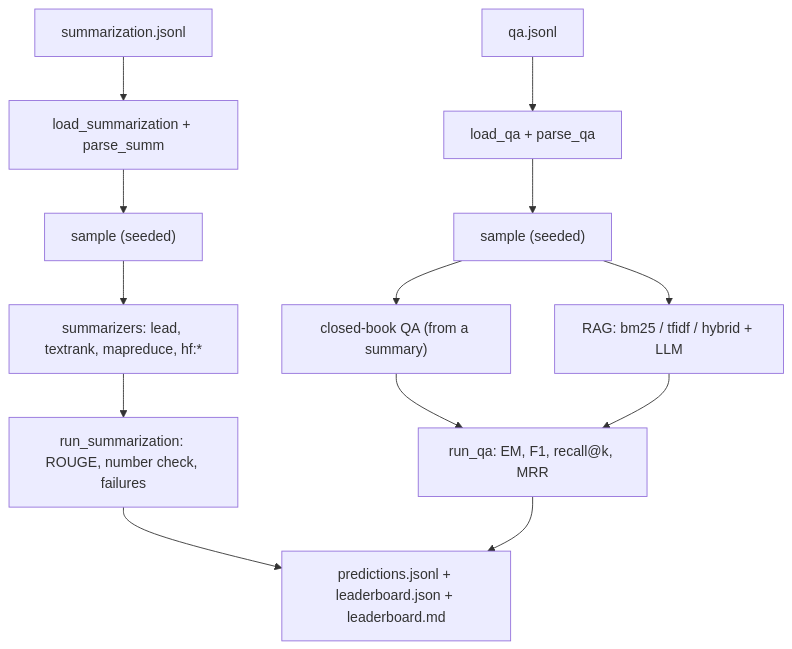
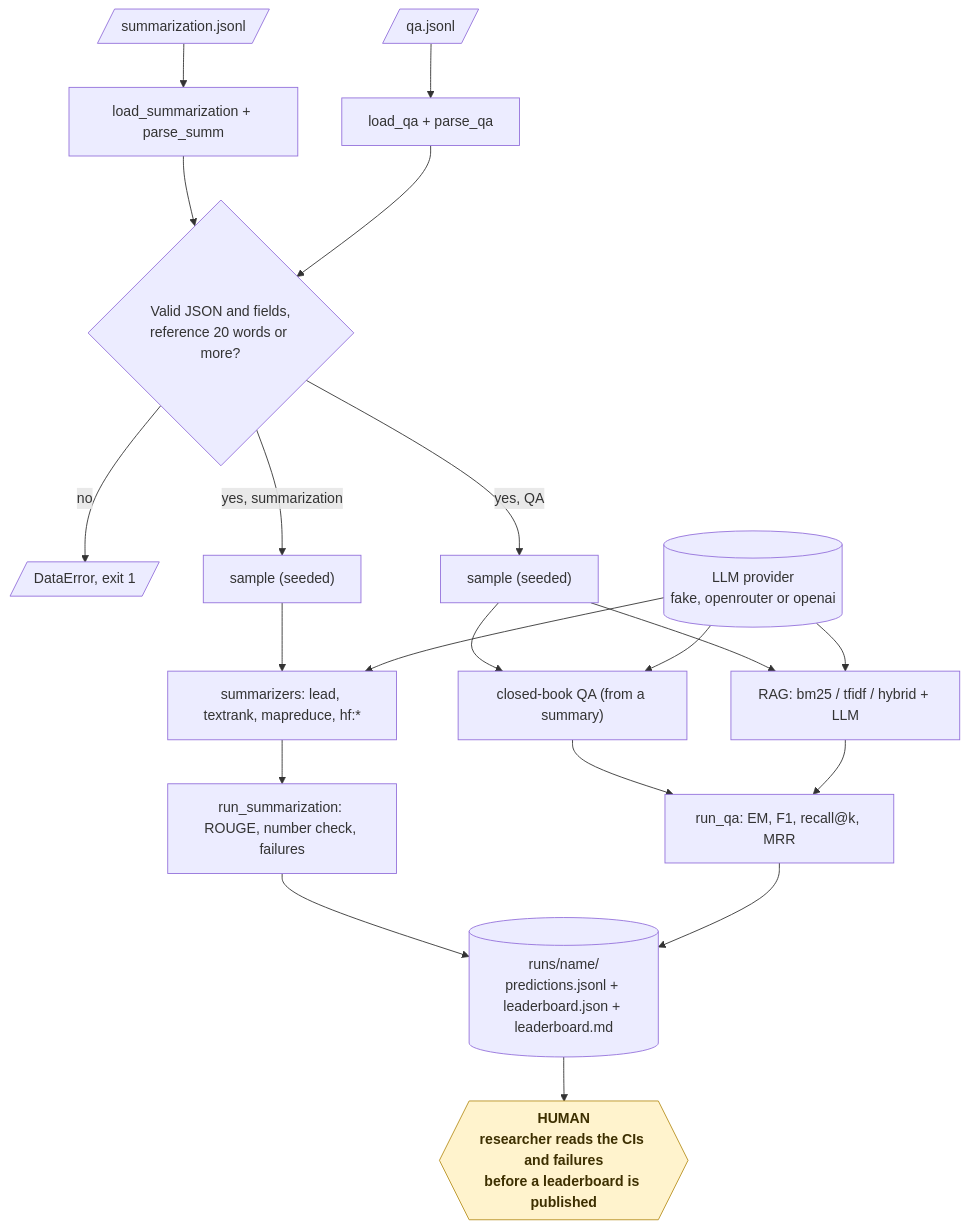
One commit to KrishnaAnnavaram/paperdigest changed the fifth of 17 diagrams in README.md. Above: the diagram before and after it, drawn with Mermaid. The commit also changed other lines of this file, not shown here.

Commit message:
Add the workflow diagrams to the README

````diff
--- a/README.md
+++ b/README.md
@@ -215,13 +270,23 @@
 ```mermaid
-flowchart TB
-    J1["summarization.jsonl"] --> L1["load_summarization + parse_summ"]
-    J2["qa.jsonl"] --> L2["load_qa + parse_qa"]
-    L1 --> S1["sample (seeded)"]
-    L2 --> S2["sample (seeded)"]
+flowchart TD
+    J1[/"summarization.jsonl"/] --> L1["load_summarization + parse_summ"]
+    J2[/"qa.jsonl"/] --> L2["load_qa + parse_qa"]
+    L1 --> V{"Valid JSON and fields,<br/>reference 20 words or more?"}
+    L2 --> V
+    V -- "no" --> DE[/"DataError, exit 1"/]
+    V -- "yes, summarization" --> S1["sample (seeded)"]
+    V -- "yes, QA" --> S2["sample (seeded)"]
     S1 --> SUM["summarizers: lead, textrank, mapreduce, hf:*"]
+    LLM[("LLM provider<br/>fake, openrouter or openai")] --> SUM
     SUM --> RS["run_summarization: ROUGE, number check, failures"]
     S2 --> CB["closed-book QA (from a summary)"]
     S2 --> RAG["RAG: bm25 / tfidf / hybrid + LLM"]
+    LLM --> CB
+    LLM --> RAG
     CB & RAG --> RQ["run_qa: EM, F1, recall@k, MRR"]
-    RS & RQ --> OUT["predictions.jsonl + leaderboard.json + leaderboard.md"]
+    RS & RQ --> OUT[("runs/name/<br/>predictions.jsonl + leaderboard.json + leaderboard.md")]
+    OUT --> HUMAN{{"HUMAN<br/>researcher reads the CIs and failures<br/>before a leaderboard is published"}}
+
+    classDef human fill:#fff3cd,stroke:#b8901f,color:#3d2f00,font-weight:bold
+    class HUMAN human
 ```
````
